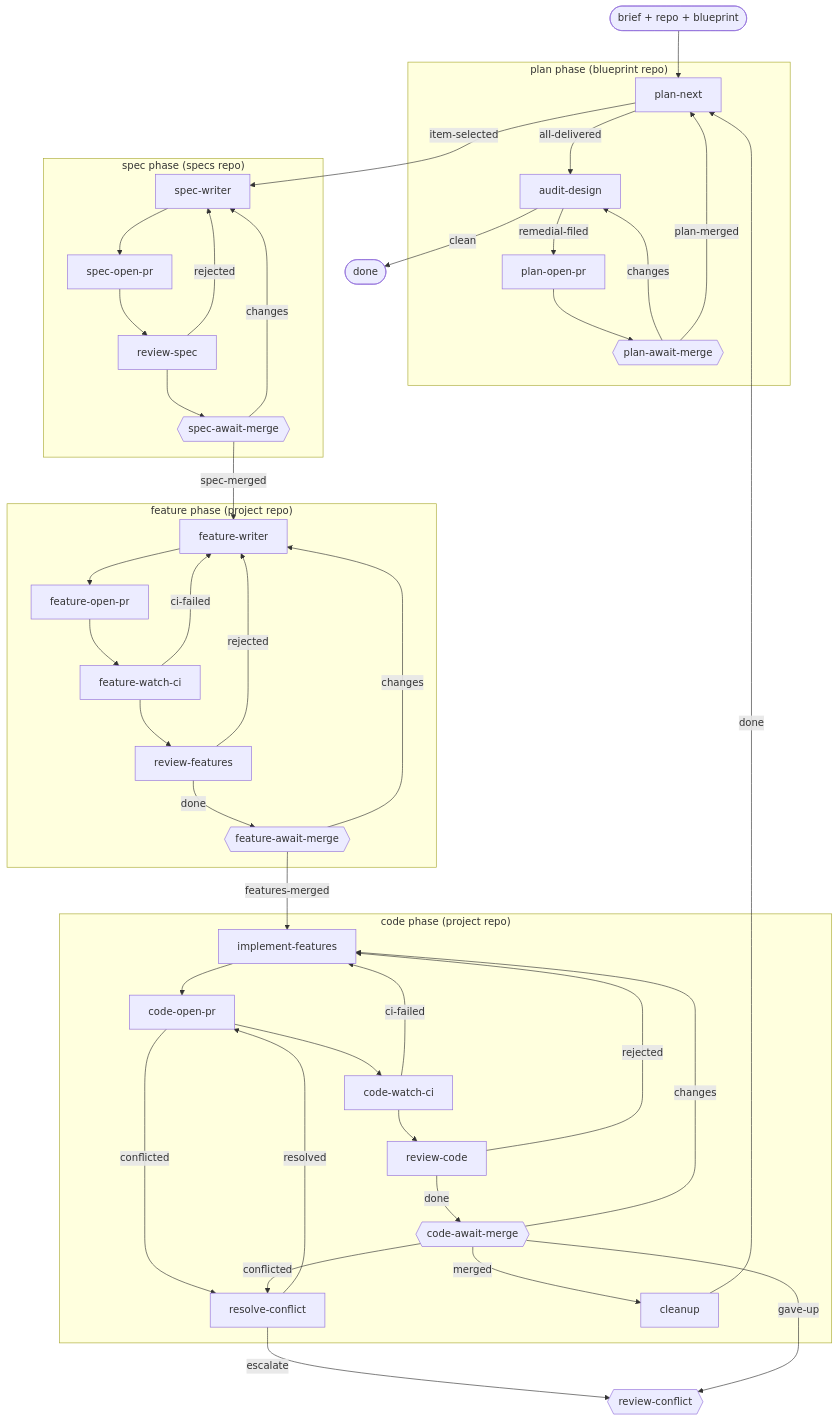
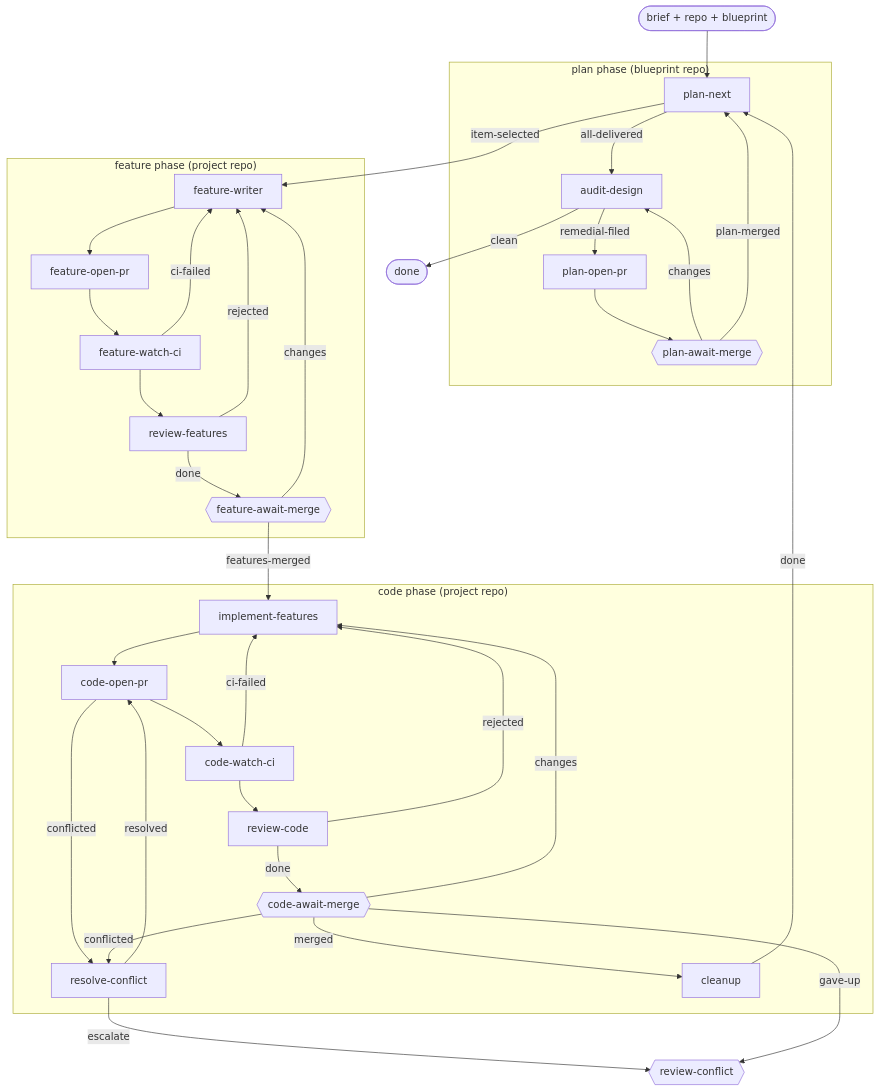
Before and after one commit to kenmclennan/flynns-workflows: the diagram in docs/blueprint-delivery.md, drawn with Mermaid. The commit also changed other lines of this file and 7 other files, not shown here.

````diff
--- a/docs/blueprint-delivery.md
+++ b/docs/blueprint-delivery.md
@@ -17,41 +17,35 @@
 ```mermaid
 flowchart TD
     brief(["brief + repo + blueprint"]) --> PN
-    PN -->|item-selected| SW["spec-writer"]
-    subgraph S ["spec phase (specs repo)"]
-        SW --> SOP["spec-open-pr"] --> RS["review-spec"] --> SAM{{"spec-await-merge"}}
-        RS -->|rejected| SW
-        SAM -->|changes| SW
-    end
-    SAM -->|spec-merged| FW["feature-writer"]
+    PN -->|item-selected| FW["feature-writer"]
     subgraph F ["feature phase (project repo)"]
         FW --> FOP["feature-open-pr"] --> FCI["feature-watch-ci"] --> RF["review-features"]
         FCI -->|ci-failed| FW
         RF -->|rejected| FW
         RF -->|done| FAM{{"feature-await-merge"}}
         FAM -->|changes| FW
     end
     FAM -->|features-merged| IF["implement-features"]
     subgraph C ["code phase (project repo)"]
         IF --> COP["code-open-pr"] --> WCI["code-watch-ci"] --> RC["review-code"]
         WCI -->|ci-failed| IF
         RC -->|rejected| IF
         RC -->|done| CAM{{"code-await-merge"}}
         CAM -->|changes| IF
         COP -->|conflicted| RCF["resolve-conflict"]
         CAM -->|conflicted| RCF
         RCF -->|resolved| COP
         CAM -->|merged| CU["cleanup"]
     end
     RCF -->|escalate| RCON{{"review-conflict"}}
     CAM -->|gave-up| RCON
     CU -->|done| PN
     subgraph P ["plan phase (blueprint repo)"]
         PN["plan-next"]
         PN -->|all-delivered| AD["audit-design"]
         AD -->|remedial-filed| POP["plan-open-pr"] --> PAM{{"plan-await-merge"}}
         PAM -->|changes| AD
     end
     PAM -->|plan-merged| PN
     AD -->|clean| DONE(["done"])
 ```
````
